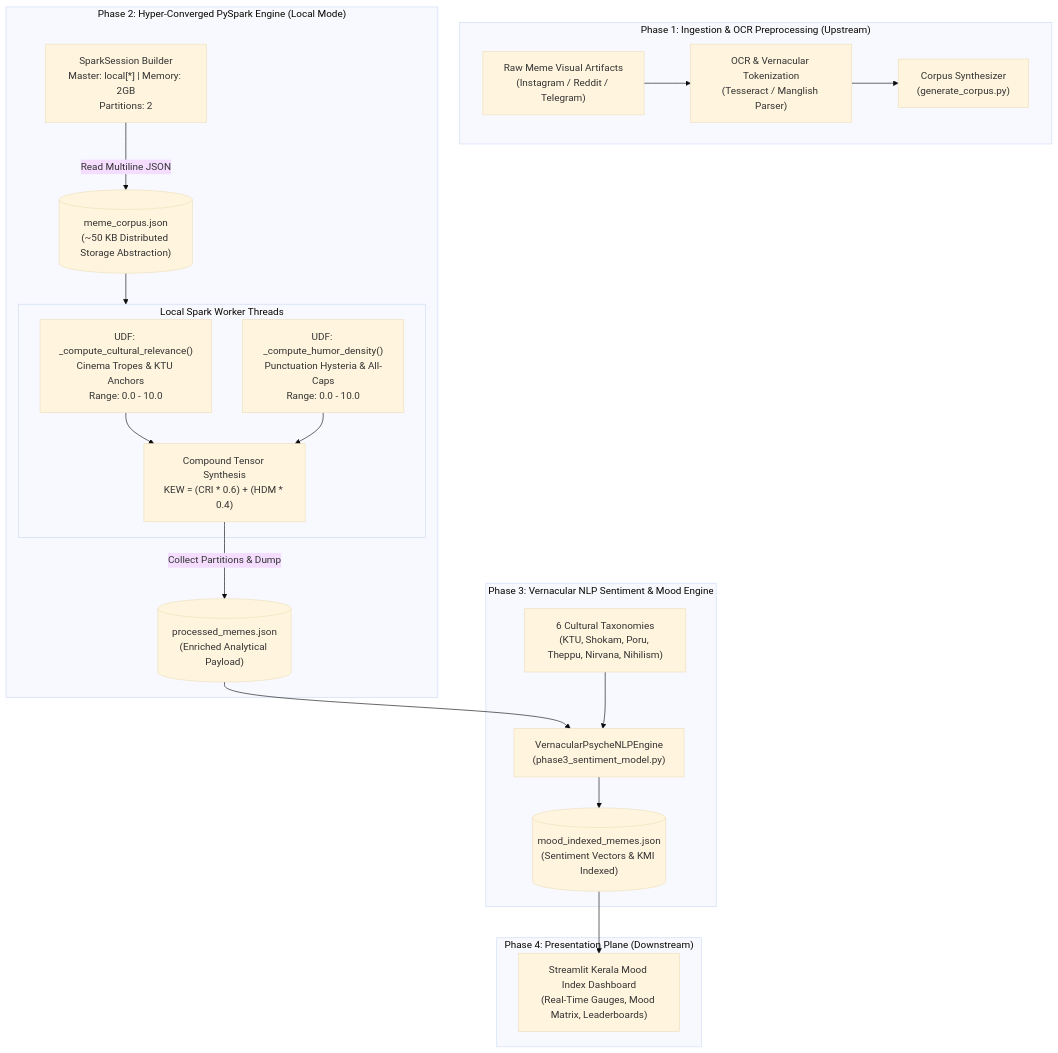
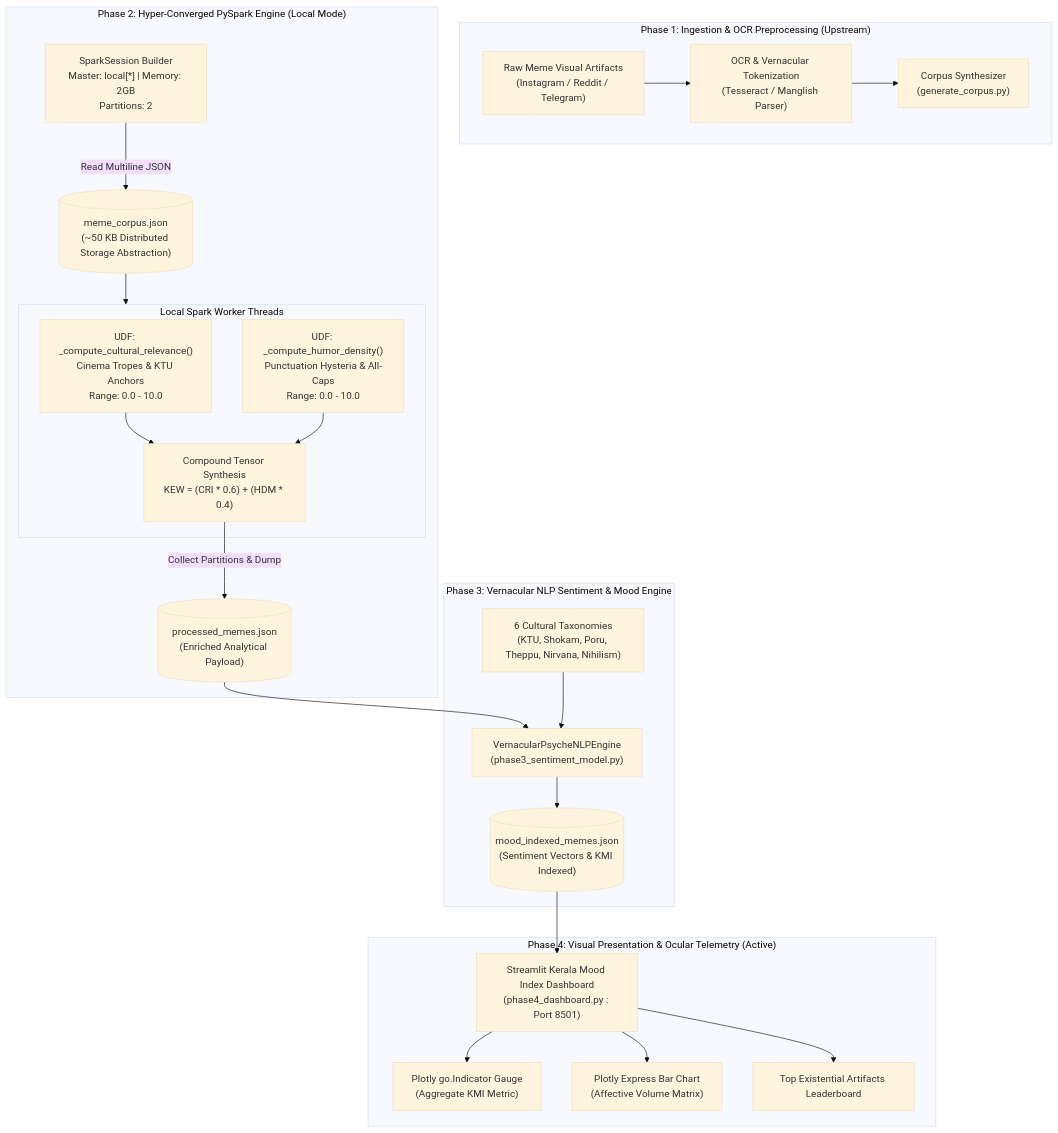
One commit to RayyanShajahan/mallu-memes changed the diagram in PROJECT_MASTER_SUMMARY.md. Above: the diagram before and after it, drawn with Mermaid (base theme). The commit also changed other lines of this file and 2 other files, not shown here.

Commit message:
Implement Phase 4 Streamlit dashboard and update master summary

````diff
--- a/PROJECT_MASTER_SUMMARY.md
+++ b/PROJECT_MASTER_SUMMARY.md
@@ -56,43 +56,50 @@
 ```mermaid
 flowchart TB
     subgraph Phase1["Phase 1: Ingestion & OCR Preprocessing (Upstream)"]
         RawMemes["Raw Meme Visual Artifacts\n(Instagram / Reddit / Telegram)"]
         OCR["OCR & Vernacular Tokenization\n(Tesseract / Manglish Parser)"]
         CorpusGen["Corpus Synthesizer\n(generate_corpus.py)"]
         RawMemes --> OCR
         OCR --> CorpusGen
     end
 
     subgraph DistributedEngine["Phase 2: Hyper-Converged PySpark Engine (Local Mode)"]
         SparkSession["SparkSession Builder\nMaster: local[*] | Memory: 2GB\nPartitions: 2"]
         CorpusPayload[("meme_corpus.json\n(~50 KB Distributed Storage Abstraction)")]
         
         subgraph SparkWorkers["Local Spark Worker Threads"]
             CulturalUDF["UDF: _compute_cultural_relevance()\nCinema Tropes & KTU Anchors\nRange: 0.0 - 10.0"]
             HumorUDF["UDF: _compute_humor_density()\nPunctuation Hysteria & All-Caps\nRange: 0.0 - 10.0"]
             HarmonicTensor["Compound Tensor Synthesis\nKEW = (CRI * 0.6) + (HDM * 0.4)"]
         end
 
         SparkSession -->|Read Multiline JSON| CorpusPayload
         CorpusPayload --> SparkWorkers
         CulturalUDF --> HarmonicTensor
         HumorUDF --> HarmonicTensor
         ProcessedPayload[("processed_memes.json\n(Enriched Analytical Payload)")]
         HarmonicTensor -->|Collect Partitions & Dump| ProcessedPayload
     end
 
     subgraph Phase3["Phase 3: Vernacular NLP Sentiment & Mood Engine"]
         NLPEngine["VernacularPsycheNLPEngine\n(phase3_sentiment_model.py)"]
         Taxonomies["6 Cultural Taxonomies\n(KTU, Shokam, Poru, Theppu, Nirvana, Nihilism)"]
         MoodPayload[("mood_indexed_memes.json\n(Sentiment Vectors & KMI Indexed)")]
 
         ProcessedPayload --> NLPEngine
         Taxonomies --> NLPEngine
         NLPEngine --> MoodPayload
     end
 
-    subgraph Phase4["Phase 4: Presentation Plane (Downstream)"]
-        Dashboard["Streamlit Kerala Mood Index Dashboard\n(Real-Time Gauges, Mood Matrix, Leaderboards)"]
+    subgraph Phase4["Phase 4: Visual Presentation & Ocular Telemetry (Active)"]
+        Dashboard["Streamlit Kerala Mood Index Dashboard\n(phase4_dashboard.py : Port 8501)"]
+        Gauge["Plotly go.Indicator Gauge\n(Aggregate KMI Metric)"]
+        Bar["Plotly Express Bar Chart\n(Affective Volume Matrix)"]
+        Table["Top Existential Artifacts Leaderboard"]
+        
         MoodPayload --> Dashboard
+        Dashboard --> Gauge
+        Dashboard --> Bar
+        Dashboard --> Table
     end
 ```
````
